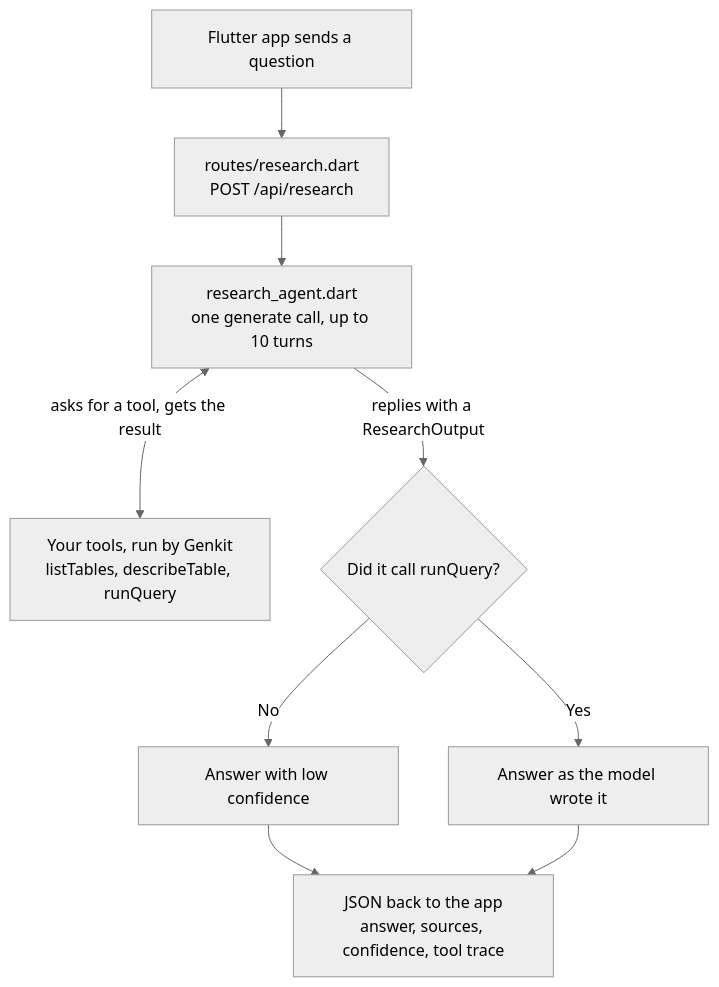
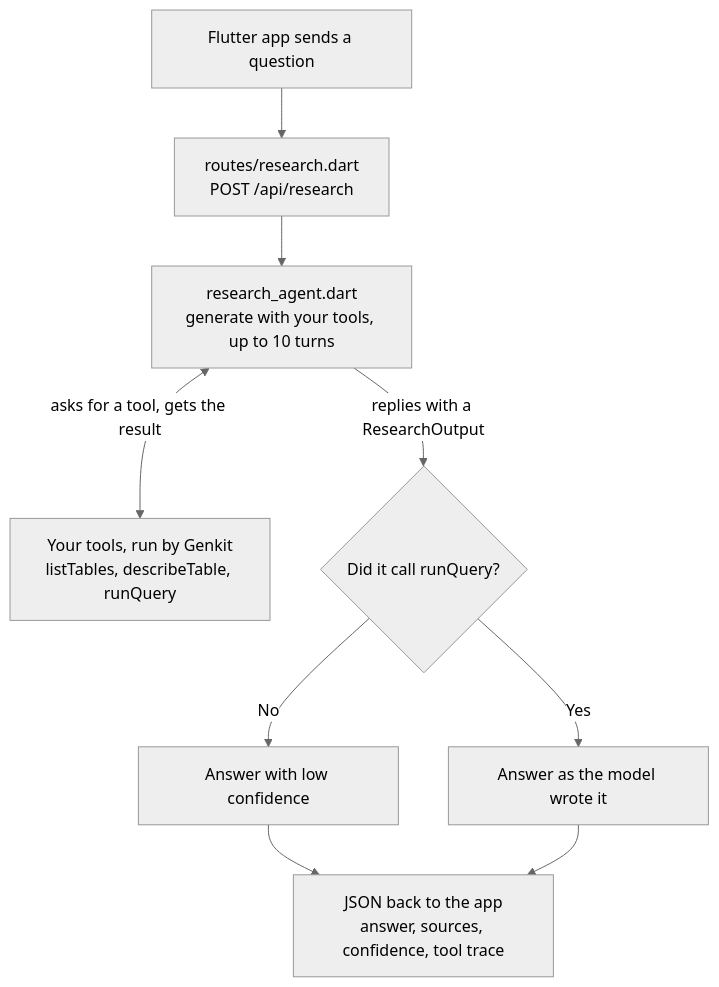
The diagram in CODELAB.md (developerjamiu/bookstore-agent), drawn with Mermaid (neutral theme) before and after one commit. The commit also changed other lines of this file and 1 other file, not shown here.

Commit message:
docs(codelab): drop one-call framing and match the trimmed prompt

````diff
--- a/CODELAB.md
+++ b/CODELAB.md
@@ -114,11 +114,11 @@
 ```mermaid
 flowchart TD
     Q["Flutter app sends a question"] --> R["routes/research.dart<br/>POST /api/research"]
-    R --> G["research_agent.dart<br/>one generate call, up to 10 turns"]
+    R --> G["research_agent.dart<br/>generate with your tools, up to 10 turns"]
     G <-->|"asks for a tool, gets the result"| T["Your tools, run by Genkit<br/>listTables, describeTable, runQuery"]
     G -->|"replies with a ResearchOutput"| D{"Did it call runQuery?"}
     D -- No --> L["Answer with low confidence"]
     D -- Yes --> K["Answer as the model wrote it"]
     L --> A["JSON back to the app<br/>answer, sources, confidence, tool trace"]
     K --> A
 ```
````
